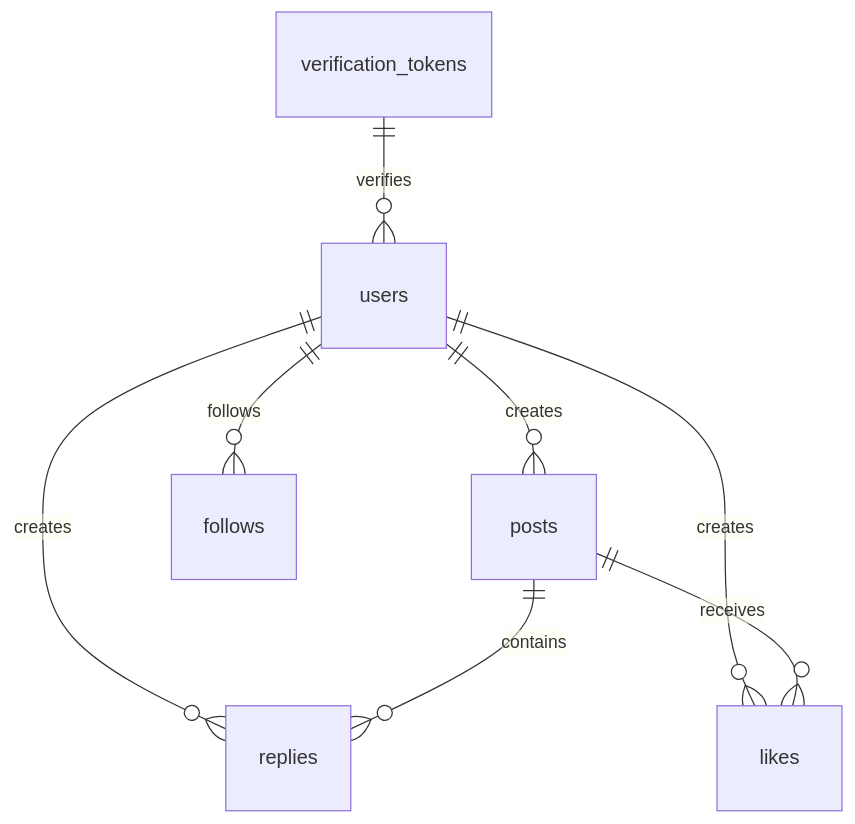
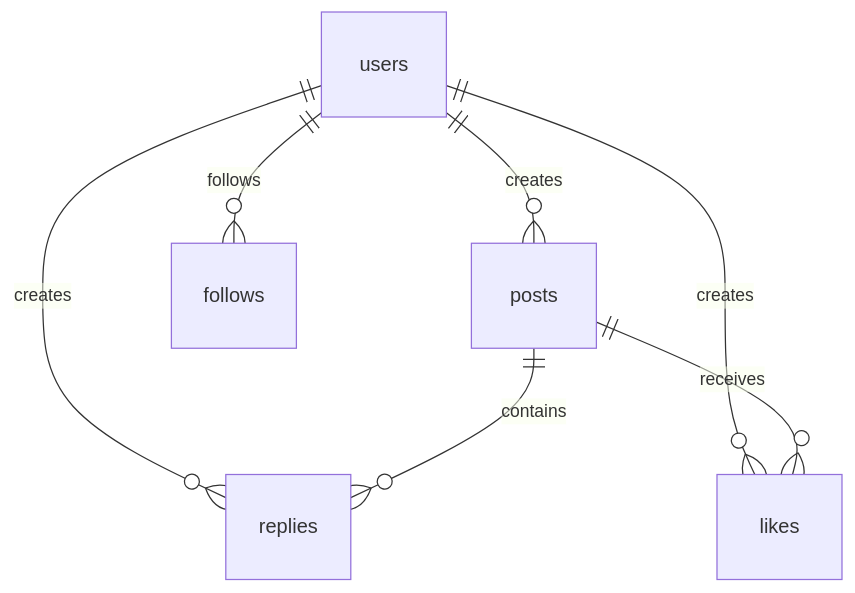
The diagram in doc/spec.md (a7124605/thread-clone), drawn with Mermaid before and after one commit. The commit also changed other lines of this file and 4 other files, not shown here.

````diff
--- a/doc/spec.md
+++ b/doc/spec.md
@@ -467,10 +591,9 @@
 ```mermaid
 erDiagram
   users ||--o{ posts : creates
   users ||--o{ replies : creates
   users ||--o{ likes : creates
   users ||--o{ follows : follows
   posts ||--o{ replies : contains
   posts ||--o{ likes : receives
-  verification_tokens ||--o{ users : verifies
 ```
````
